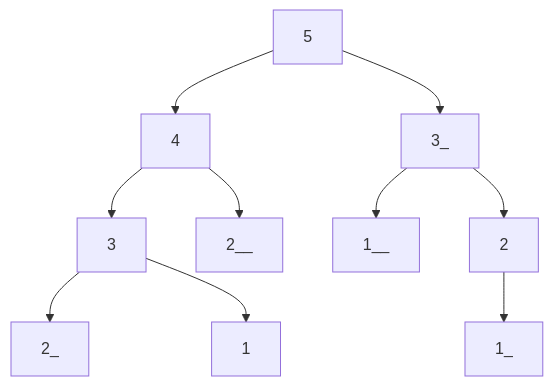
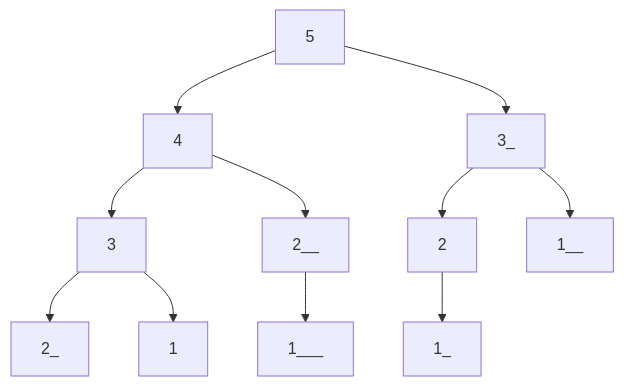
One commit to jsondevers/CMSC389O changed the diagram in dp/README.md. Above: the diagram before and after it, drawn with Mermaid. The commit also changed other lines of this file and 1 other file, not shown here.

````diff
--- a/dp/README.md
+++ b/dp/README.md
@@ -36,13 +36,14 @@
 ```mermaid
 graph TD;
     5-->4;
     5-->3_;
     4-->3;
     4-->2__;
+    2__-->1___;
 
     3-->2_;
     3-->1;
     3_-->1__;
     3_-->2;
     2-->1_;
 ```
````
